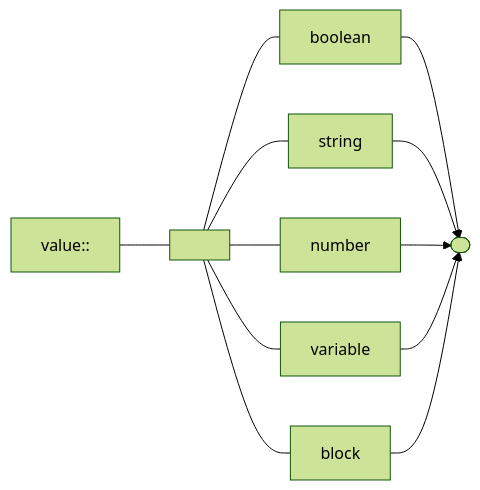
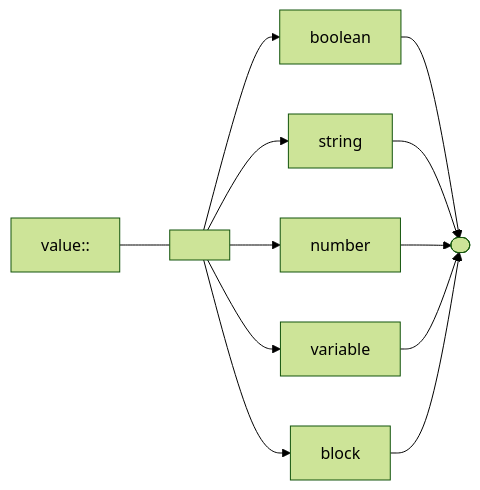
The ninth of 18 diagrams in README.md (andrewfstratton/quandoscript), drawn with Mermaid (forest theme) before and after one commit. The commit also changed other lines of this file, not shown here.

````diff
--- a/README.md
+++ b/README.md
@@ -66,10 +66,10 @@
 ```mermaid
 graph LR
-    stop([" "])
-    value:: --- l[" "]
-    l--- boolean -->stop
-    l--- string -->stop
-    l--- number -->stop
-    l--- variable  -->stop
-    l--- block -->stop
+    stop([ ])
+    value:: --- l[ ]
+    l--> boolean -->stop
+    l--> string -->stop
+    l--> number -->stop
+    l--> variable -->stop
+    l--> block -->stop
 ```
````
